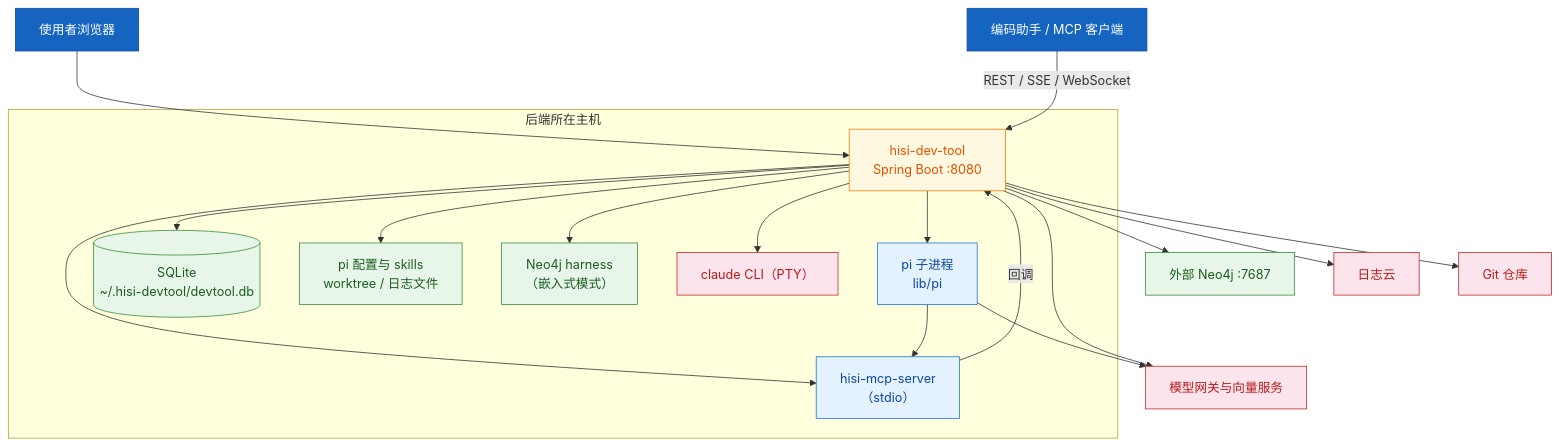
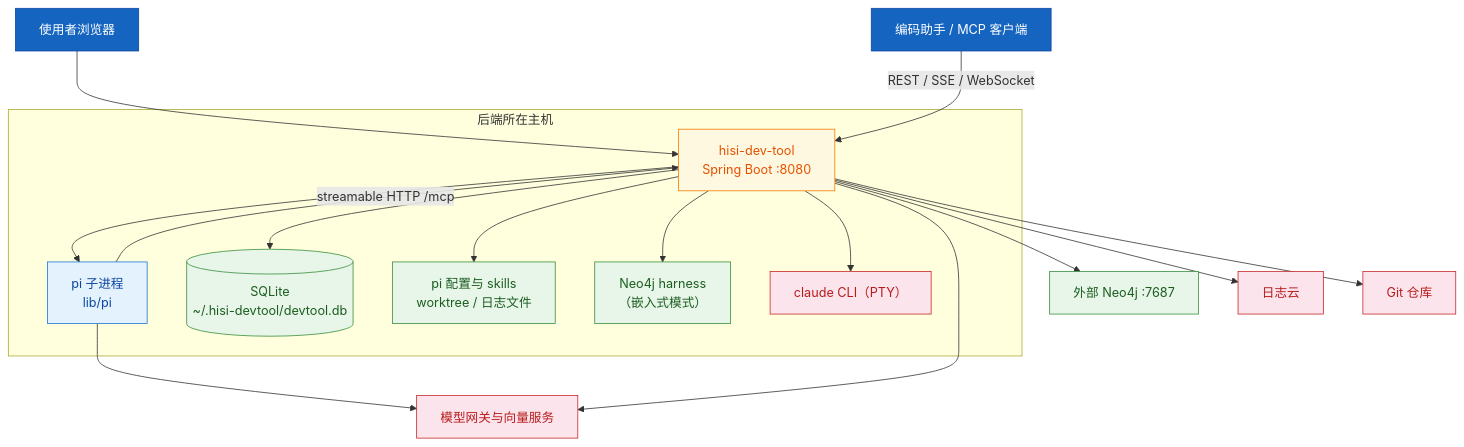
One commit to shenjiangchun/codeKnowledge changed the third of 3 diagrams in hisi-dev-tool/docs/codewiki/07-部署运维/index.md. Above: the diagram before and after it, drawn with Mermaid. The commit also changed other lines of this file and 27 other files, not shown here.

````diff
--- a/hisi-dev-tool/docs/codewiki/07-部署运维/index.md
+++ b/hisi-dev-tool/docs/codewiki/07-部署运维/index.md
@@ -252,40 +248,37 @@
 ```mermaid
 flowchart TD
     US["使用者浏览器"]:::entry
     MCP["编码助手 / MCP 客户端"]:::entry
     subgraph HOST["后端所在主机"]
         BE["hisi-dev-tool<br/>Spring Boot :8080"]:::proc2
         PI["pi 子进程<br/>lib/pi"]:::process
-        MCPS["hisi-mcp-server<br/>（stdio）"]:::process
         SQLITE[("SQLite<br/>~/.hisi-devtool/devtool.db")]:::data
         FILES["pi 配置与 skills<br/>worktree / 日志文件"]:::data
         NEOE["Neo4j harness<br/>（嵌入式模式）"]:::data
         TERM["claude CLI（PTY）"]:::ext
     end
     NEO["外部 Neo4j :7687"]:::data
     GW["模型网关与向量服务"]:::ext
     CLOUD["日志云"]:::ext
     GITR["Git 仓库"]:::ext
 
     US --> BE
     MCP -->|"REST / SSE / WebSocket"| BE
     BE --> SQLITE
     BE --> FILES
     BE --> NEOE
     BE --> NEO
     BE --> PI
-    BE --> MCPS
     PI --> GW
-    PI --> MCPS
-    MCPS -->|回调| BE
+    PI -->|"streamable HTTP /mcp"| BE
     BE --> GW
     BE --> CLOUD
     BE --> GITR
     BE --> TERM
 
     classDef entry fill:#1565c0,stroke:#0d47a1,color:#fff
     classDef process fill:#e3f2fd,stroke:#1976d2,color:#0d47a1
     classDef proc2 fill:#fff8e1,stroke:#f57c00,color:#e65100
     classDef data fill:#e8f5e9,stroke:#388e3c,color:#1b5e20
     classDef ext fill:#fce4ec,stroke:#c62828,color:#b71c1c
 ```
````
